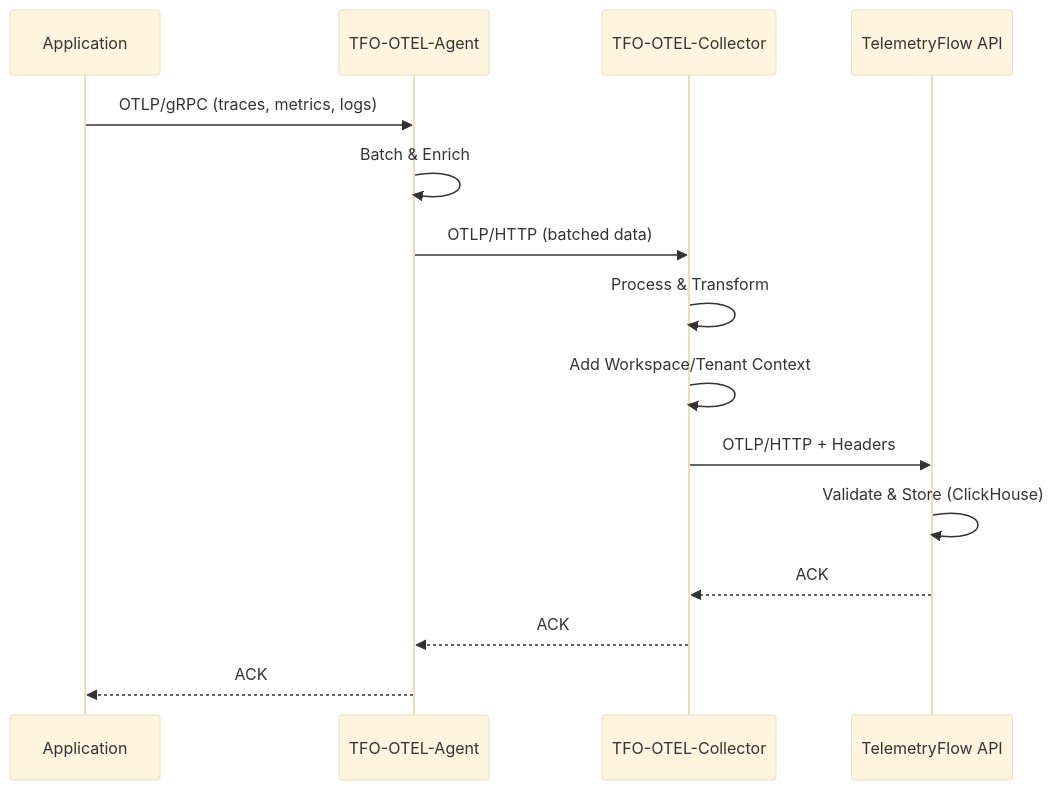
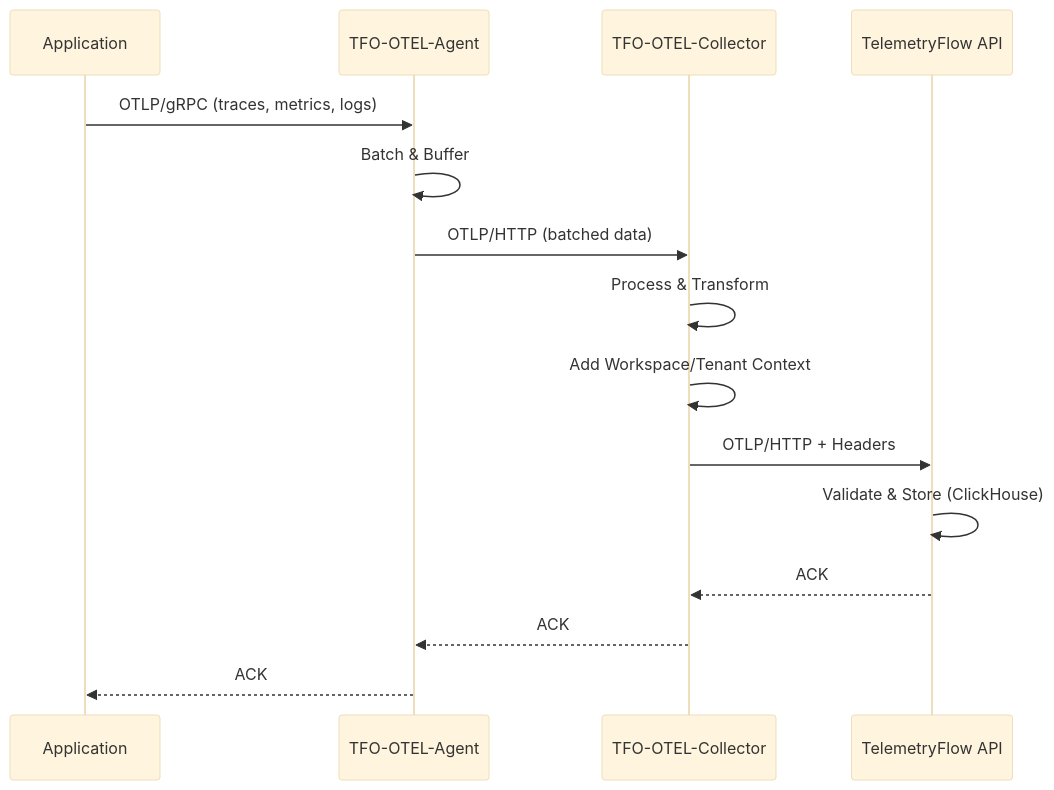
Before and after one commit to telemetryflow/telemetryflow-overview: the second of 2 diagrams in tfo-otel/README.md, drawn with Mermaid (base theme). The commit also changed other lines of this file and 55 other files, not shown here.

````diff
--- a/tfo-otel/README.md
+++ b/tfo-otel/README.md
@@ -153,18 +236,18 @@
 ```mermaid
 sequenceDiagram
     participant App as Application
     participant Agent as TFO-OTEL-Agent
     participant Collector as TFO-OTEL-Collector
     participant TFO as TelemetryFlow API
 
     App->>Agent: OTLP/gRPC (traces, metrics, logs)
-    Agent->>Agent: Batch & Enrich
+    Agent->>Agent: Batch & Buffer
     Agent->>Collector: OTLP/HTTP (batched data)
     Collector->>Collector: Process & Transform
     Collector->>Collector: Add Workspace/Tenant Context
     Collector->>TFO: OTLP/HTTP + Headers
     TFO->>TFO: Validate & Store (ClickHouse)
     TFO-->>Collector: ACK
     Collector-->>Agent: ACK
     Agent-->>App: ACK
 ```
````
